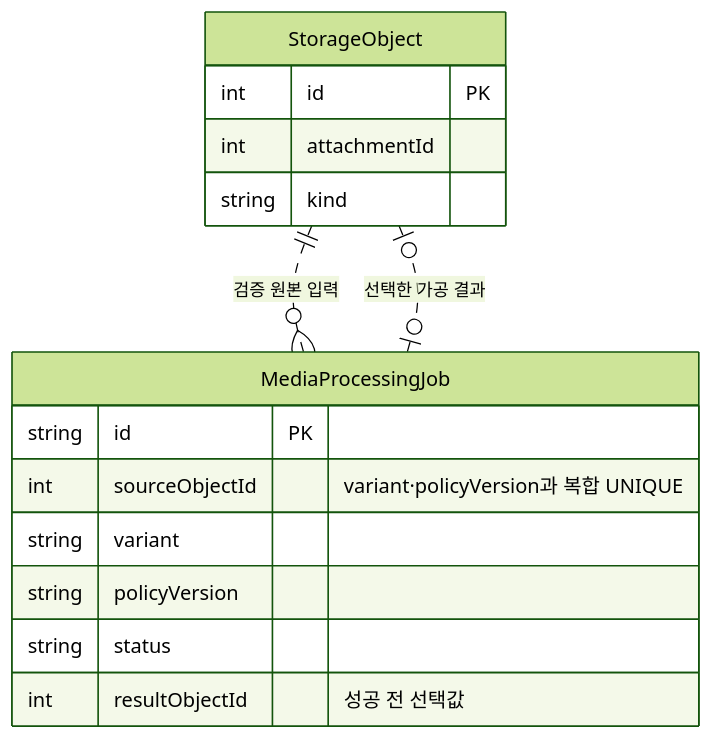
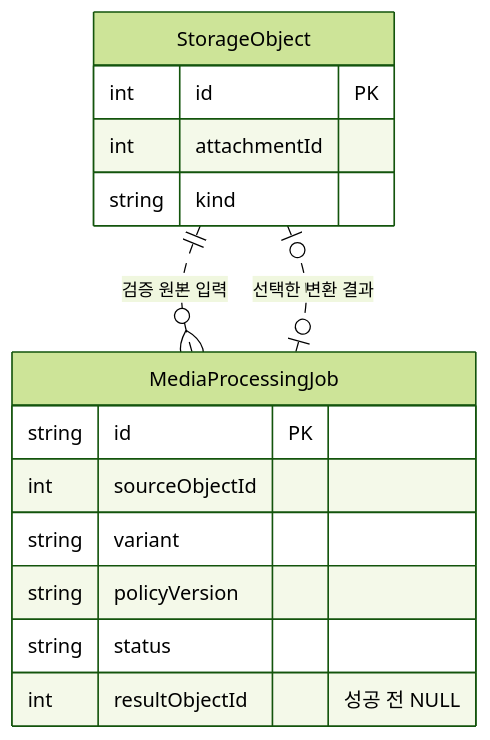
The ninth of 10 diagrams in docs/request-failure-management.md (luke0408/blog-erd), drawn with Mermaid (forest theme) before and after one commit. The commit also changed other lines of this file and 5 other files, not shown here.

Commit message:
docs(erd): reorder student questions by design requirements

````diff
--- a/docs/request-failure-management.md
+++ b/docs/request-failure-management.md
@@ -281,18 +279,18 @@
 ```mermaid
 erDiagram
     StorageObject {
         int id PK
         int attachmentId
         string kind
     }
     MediaProcessingJob {
         string id PK
-        int sourceObjectId "variant·policyVersion과 복합 UNIQUE"
+        int sourceObjectId
         string variant
         string policyVersion
         string status
-        int resultObjectId "성공 전 선택값"
+        int resultObjectId "성공 전 NULL"
     }
     StorageObject ||..o{ MediaProcessingJob : "검증 원본 입력"
-    StorageObject |o..o| MediaProcessingJob : "선택한 가공 결과"
+    StorageObject |o..o| MediaProcessingJob : "선택한 변환 결과"
 ```
````
